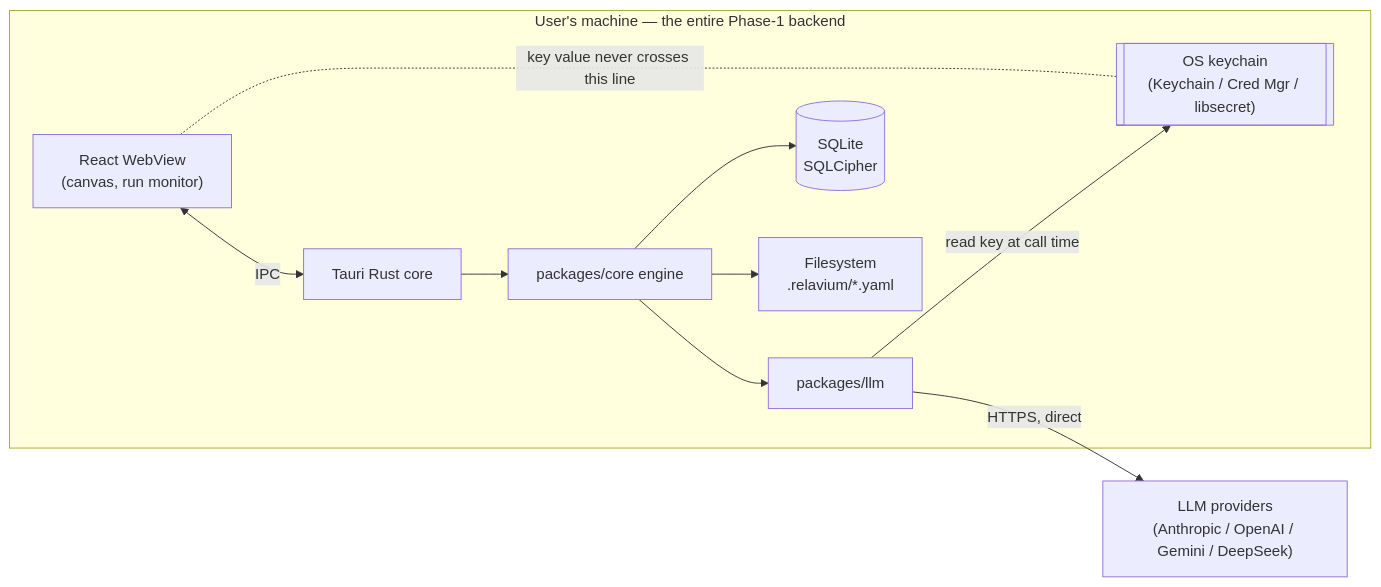
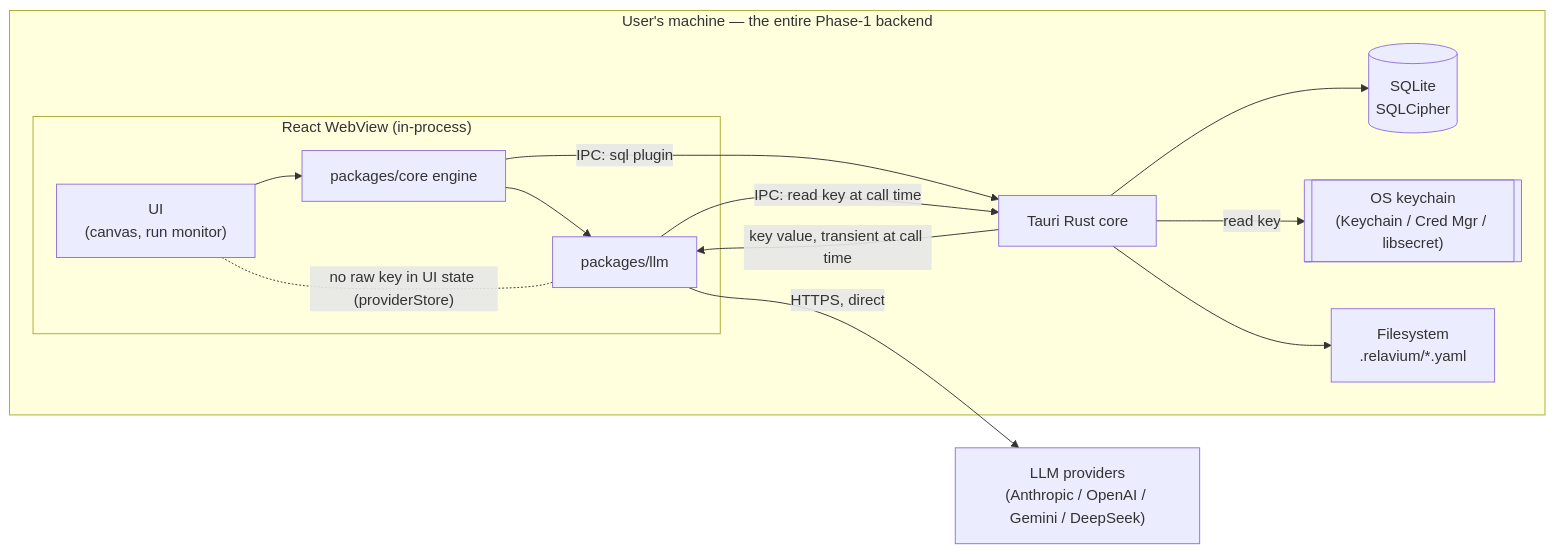
Before and after one commit to HodeTech/Relavium: the diagram in docs/architecture/local-first-and-security.md, drawn with Mermaid. The commit also changed other lines of this file and 44 other files, not shown here.

````diff
--- a/docs/architecture/local-first-and-security.md
+++ b/docs/architecture/local-first-and-security.md
@@ -14,22 +14,26 @@
 ```mermaid
 flowchart LR
     subgraph Machine["User's machine — the entire Phase-1 backend"]
-        UI["React WebView<br/>(canvas, run monitor)"]
+        subgraph WebView["React WebView (in-process)"]
+            UI["UI<br/>(canvas, run monitor)"]
+            Core["packages/core engine"]
+            LLM["packages/llm"]
+        end
         Rust["Tauri Rust core"]
-        Core["packages/core engine"]
-        LLM["packages/llm"]
         SQLite[("SQLite<br/>SQLCipher")]
         KC[["OS keychain<br/>(Keychain / Cred Mgr / libsecret)"]]
         FS["Filesystem<br/>.relavium/*.yaml"]
     end
     Providers["LLM providers<br/>(Anthropic / OpenAI / Gemini / DeepSeek)"]
 
-    UI <-->|IPC| Rust
-    Rust --> Core
+    UI --> Core
     Core --> LLM
-    Core --> SQLite
-    Core --> FS
-    LLM -->|read key at call time| KC
+    Core -->|IPC: sql plugin| Rust
+    Rust --> SQLite
+    Rust --> FS
+    LLM -->|IPC: read key at call time| Rust
+    Rust -->|read key| KC
+    Rust -->|key value, transient at call time| LLM
     LLM -->|HTTPS, direct| Providers
-    UI -. "key value never crosses this line" .- KC
+    UI -. "no raw key in UI state (providerStore)" .- LLM
 ```
````
